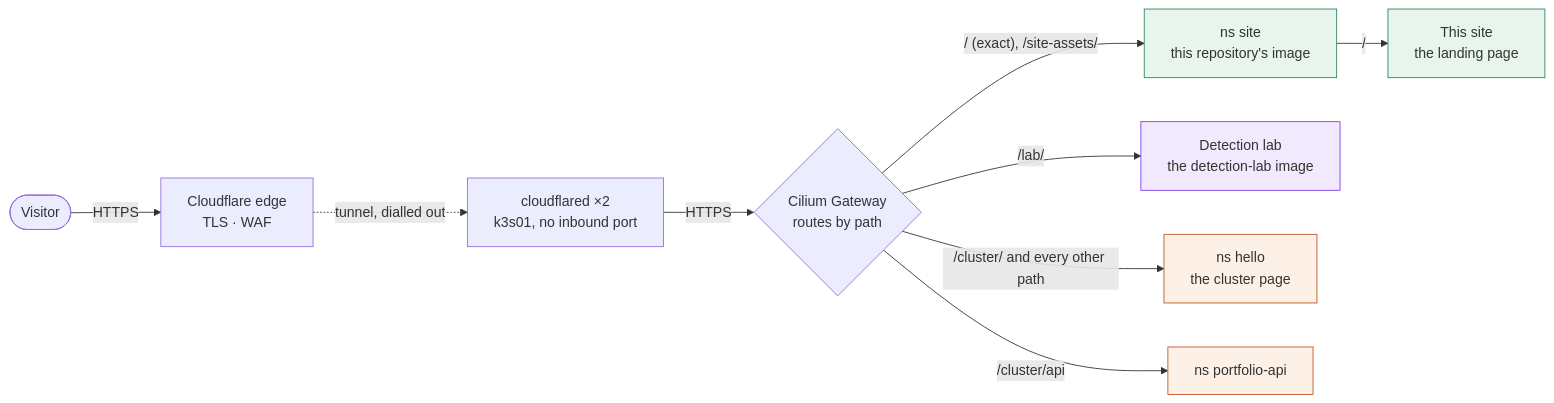
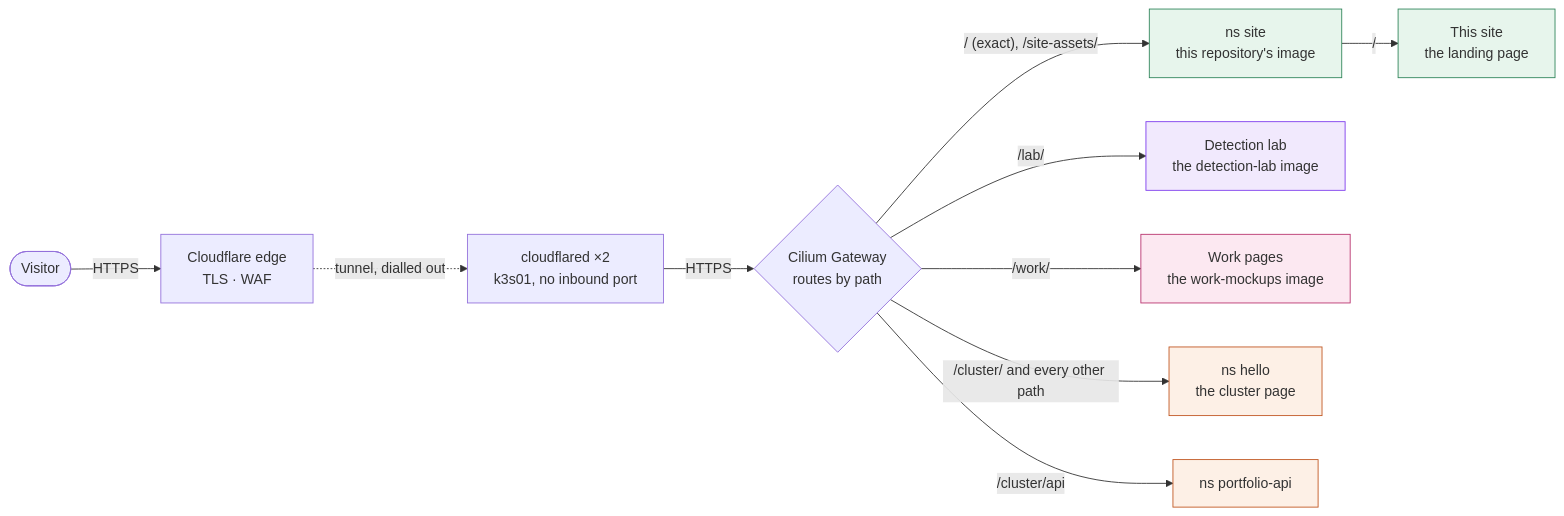
The first of 2 diagrams in README.md (HubertMJ/hubertjablon.ski), drawn with Mermaid before and after one commit. The commit also changed other lines of this file and 8 other files, not shown here.

First line of the commit message:
the way in: /work/ as its own path, to the work-mockups image

````diff
--- a/README.md
+++ b/README.md
@@ -27,17 +31,20 @@
 ```mermaid
 flowchart LR
     V([Visitor]) -- HTTPS --> CF["Cloudflare edge<br/>TLS · WAF"]
     CF -. tunnel, dialled out .-> CFD["cloudflared ×2<br/>k3s01, no inbound port"]
     CFD -- HTTPS --> GW{"Cilium Gateway<br/>routes by path"}
     GW -- "/ (exact), /site-assets/" --> SITE["ns site<br/>this repository's image"]
     SITE -- "/" --> HOME["This site<br/>the landing page"]
     GW -- "/lab/" --> LAB["Detection lab<br/>the detection-lab image"]
+    GW -- "/work/" --> WORK["Work pages<br/>the work-mockups image"]
     GW -- "/cluster/ and every other path" --> HELLO["ns hello<br/>the cluster page"]
     GW -- "/cluster/api" --> API["ns portfolio-api"]
     classDef here fill:#e7f5ec,stroke:#2f855a;
     classDef other fill:#fdf0e6,stroke:#c05621;
     classDef lab fill:#f1e9fd,stroke:#7c3aed;
+    classDef work fill:#fce8f1,stroke:#b8326e;
     class SITE,HOME here;
     class HELLO,API other;
     class LAB lab;
+    class WORK work;
 ```
````
